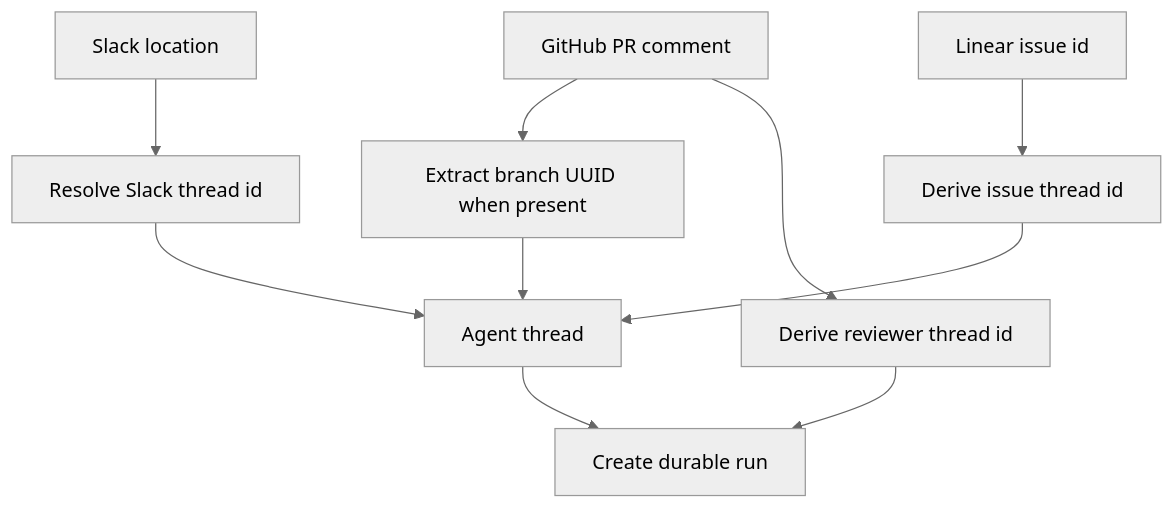
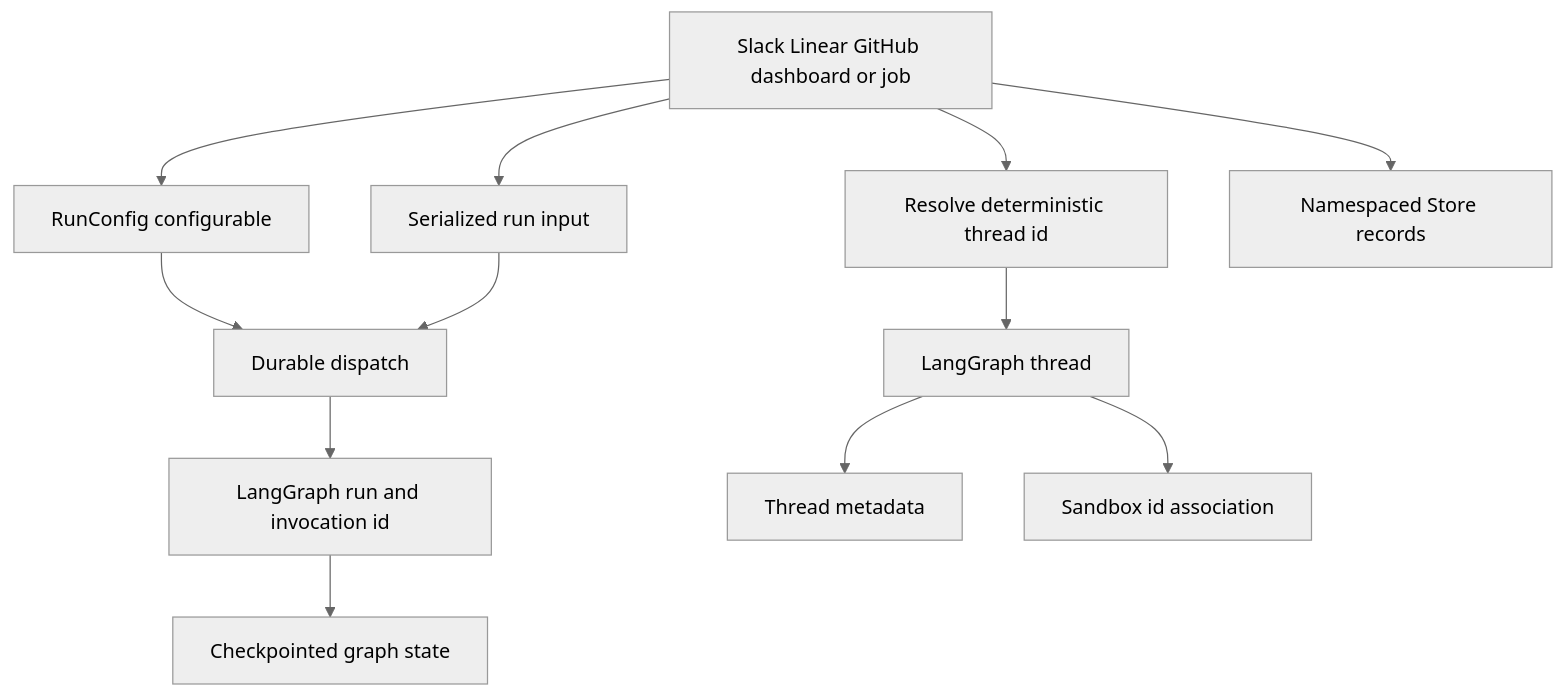
The diagram in openwiki/concepts/threads-and-state.md (langchain-ai/open-swe), drawn with Mermaid (neutral theme) before and after one commit. The commit also changed other lines of this file and 51 other files, not shown here.

````diff
--- a/openwiki/concepts/threads-and-state.md
+++ b/openwiki/concepts/threads-and-state.md
@@ -77,12 +50,14 @@
 ```mermaid
 flowchart TD
-  Slack["Slack location"] --> SlackID["Resolve Slack thread id"]
-  Linear["Linear issue id"] --> LinearID["Derive issue thread id"]
-  PR["GitHub PR comment"] --> Branch["Extract branch UUID when present"]
-  Branch --> AgentThread["Agent thread"]
-  SlackID --> AgentThread
-  LinearID --> AgentThread
-  PR --> Reviewer["Derive reviewer thread id"]
-  AgentThread --> Run["Create durable run"]
-  Reviewer --> Run
+  Trigger["Slack Linear GitHub dashboard or job"] --> Identity["Resolve deterministic thread id"]
+  Identity --> Thread["LangGraph thread"]
+  Trigger --> Config["RunConfig configurable"]
+  Trigger --> Input["Serialized run input"]
+  Config --> Dispatch["Durable dispatch"]
+  Input --> Dispatch
+  Dispatch --> Run["LangGraph run and invocation id"]
+  Run --> Checkpoint["Checkpointed graph state"]
+  Thread --> Metadata["Thread metadata"]
+  Thread --> Sandbox["Sandbox id association"]
+  Trigger --> Store["Namespaced Store records"]
 ```
````
